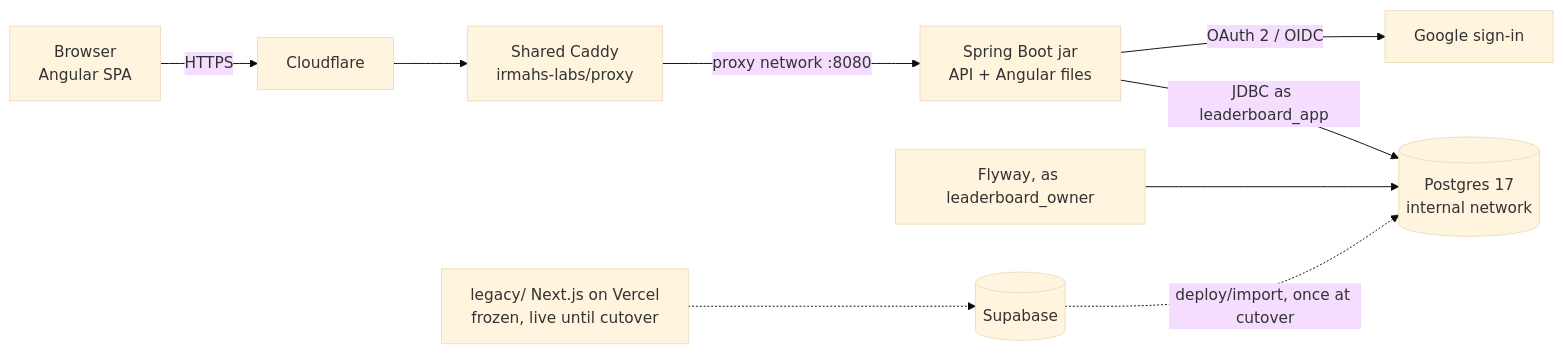
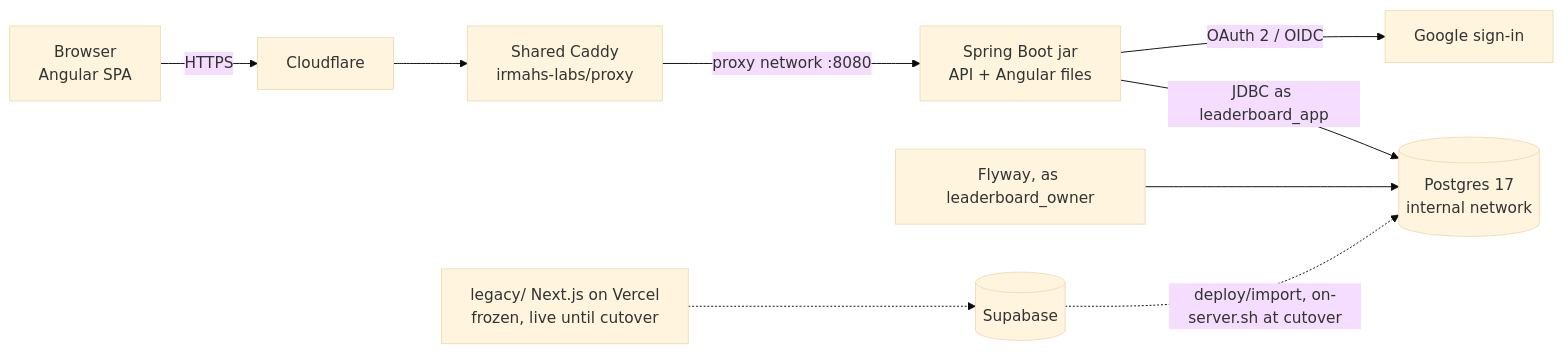
One commit to irmahs-labs/tournament-leaderboard changed the first of 7 diagrams in docs/context-graph.md. Above: the diagram before and after it, drawn with Mermaid (base theme). The commit also changed other lines of this file and 2 other files, not shown here.

Commit message:
feat: run the Supabase import on the production server
on-server.sh dumps the production database, streams import.sql and the
CSVs over SSH into the database container, runs the import there and
removes them afterwards, even when it fails.

````diff
--- a/docs/context-graph.md
+++ b/docs/context-graph.md
@@ -11,11 +11,11 @@
 ```mermaid
 flowchart LR
     browser[Browser<br/>Angular SPA] -->|HTTPS| cf[Cloudflare]
     cf --> caddy[Shared Caddy<br/>irmahs-labs/proxy]
     caddy -->|proxy network :8080| app[Spring Boot jar<br/>API + Angular files]
     app -->|JDBC as leaderboard_app| db[(Postgres 17<br/>internal network)]
     app -->|OAuth 2 / OIDC| google[Google sign-in]
     flyway[Flyway, as leaderboard_owner] --> db
     legacy[legacy/ Next.js on Vercel<br/>frozen, live until cutover] -.-> supabase[(Supabase)]
-    supabase -.->|deploy/import, once at cutover| db
+    supabase -.->|deploy/import, on-server.sh at cutover| db
 ```
````
